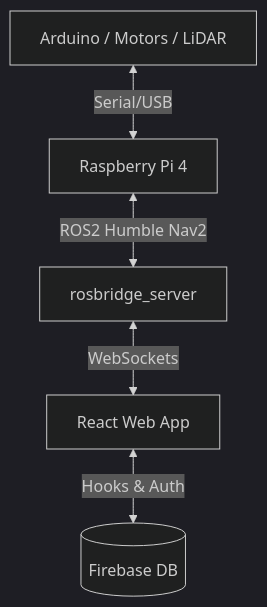
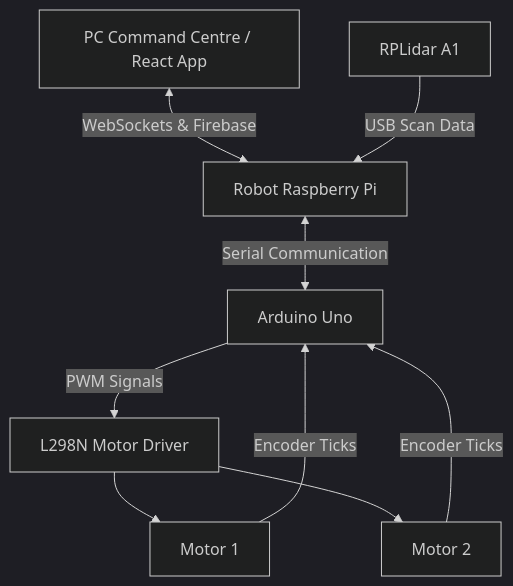
The diagram in README.md (abdulrahimzulfiqar/ROS2-Autonomous-Wheelchair), drawn with Mermaid (dark theme) before and after one commit. The commit also changed other lines of this file, not shown here.

Commit message:
Comprehensive README update: Hardware Workflow, Foxglove, Layman Guides

````diff
--- a/README.md
+++ b/README.md
@@ -62,7 +66,11 @@
 ```mermaid
 graph TD;
-    Hardware[Arduino / Motors / LiDAR] <-->|Serial/USB| Pi[Raspberry Pi 4]
-    Pi <-->|ROS2 Humble Nav2| Bridge[rosbridge_server]
-    Bridge <-->|WebSockets| Web[React Web App]
-    Web <-->|Hooks & Auth| FB[(Firebase DB)]
+    PCC[PC Command Centre / React App] <-->|WebSockets & Firebase| Pi[Robot Raspberry Pi]
+    Lidar[RPLidar A1] -->|USB Scan Data| Pi
+    Pi <-->|Serial Communication| Arduino[Arduino Uno]
+    Arduino -->|PWM Signals| Driver[L298N Motor Driver]
+    Driver --> Motor1[Motor 1]
+    Driver --> Motor2[Motor 2]
+    Motor1 -->|Encoder Ticks| Arduino
+    Motor2 -->|Encoder Ticks| Arduino
 ```
````
